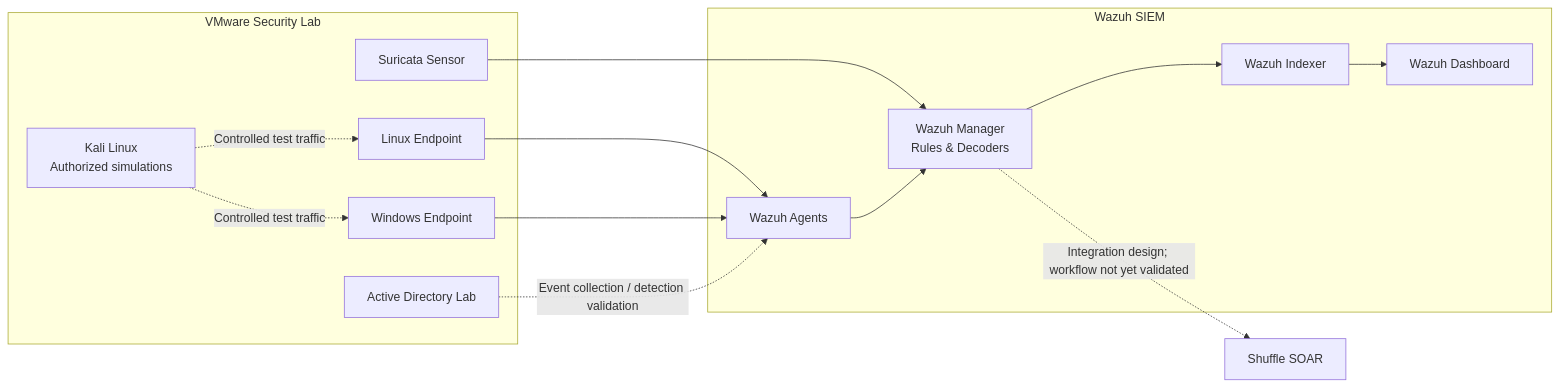
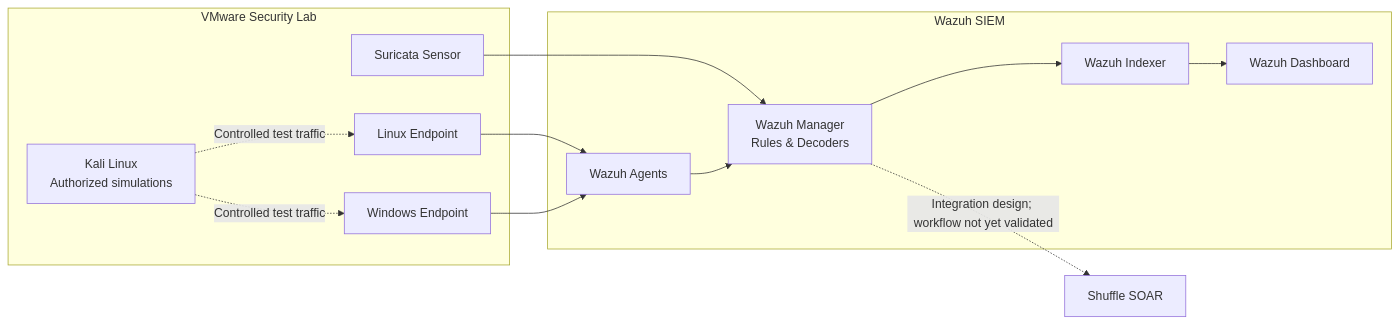
Before and after one commit to AFF-rgb/Wazuh-SIEM-Detection-Engineering: the diagram in README.md, drawn with Mermaid. The commit also changed other lines of this file and 6 other files, not shown here.

````diff
--- a/README.md
+++ b/README.md
@@ -26,28 +26,26 @@
 ```mermaid
 flowchart LR
     subgraph LAB["VMware Security Lab"]
         LINUX["Linux Endpoint"]
         WINDOWS["Windows Endpoint"]
-        AD["Active Directory Lab"]
         KALI["Kali Linux<br/>Authorized simulations"]
         SURICATA["Suricata Sensor"]
     end
 
     subgraph SIEM["Wazuh SIEM"]
         AGENTS["Wazuh Agents"]
         MANAGER["Wazuh Manager<br/>Rules & Decoders"]
         INDEXER["Wazuh Indexer"]
         DASH["Wazuh Dashboard"]
     end
 
     LINUX --> AGENTS
     WINDOWS --> AGENTS
-    AD -. "Event collection / detection validation" .-> AGENTS
     KALI -. "Controlled test traffic" .-> LINUX
     KALI -. "Controlled test traffic" .-> WINDOWS
     SURICATA --> MANAGER
     AGENTS --> MANAGER
     MANAGER --> INDEXER
     INDEXER --> DASH
     MANAGER -. "Integration design; workflow not yet validated" .-> SHUFFLE["Shuffle SOAR"]
 ```
````
